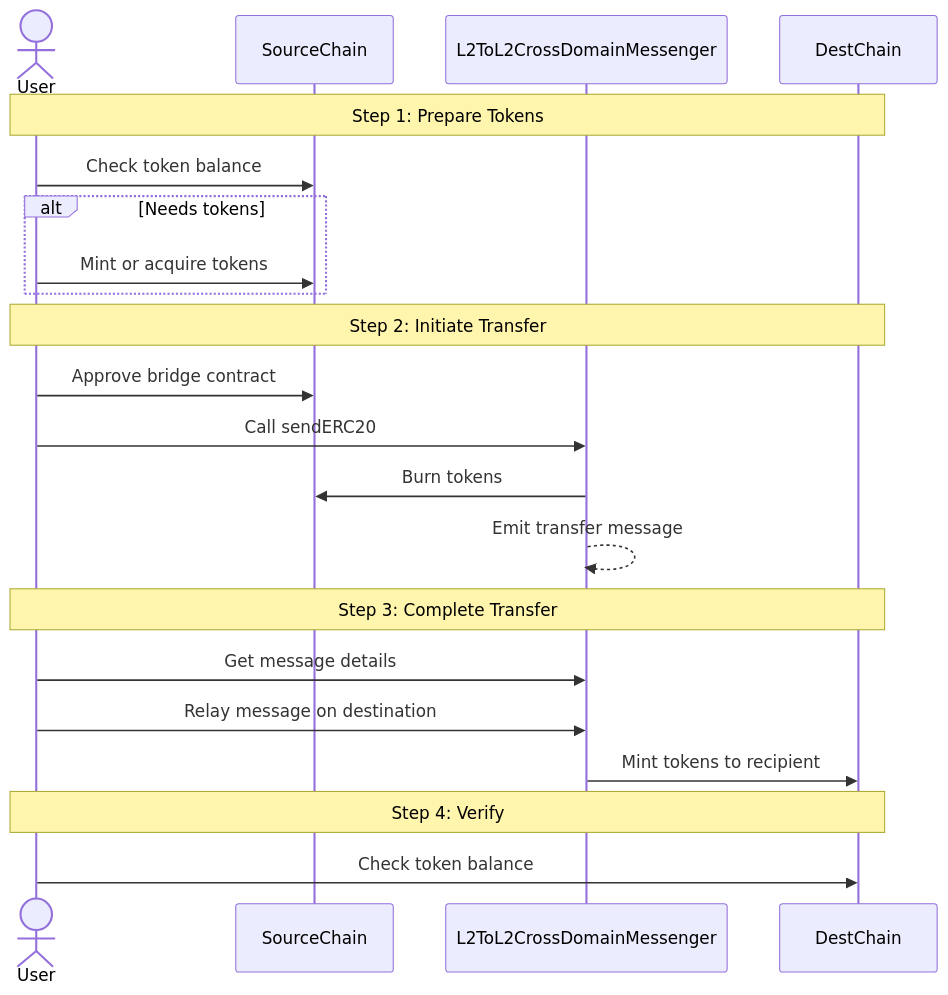
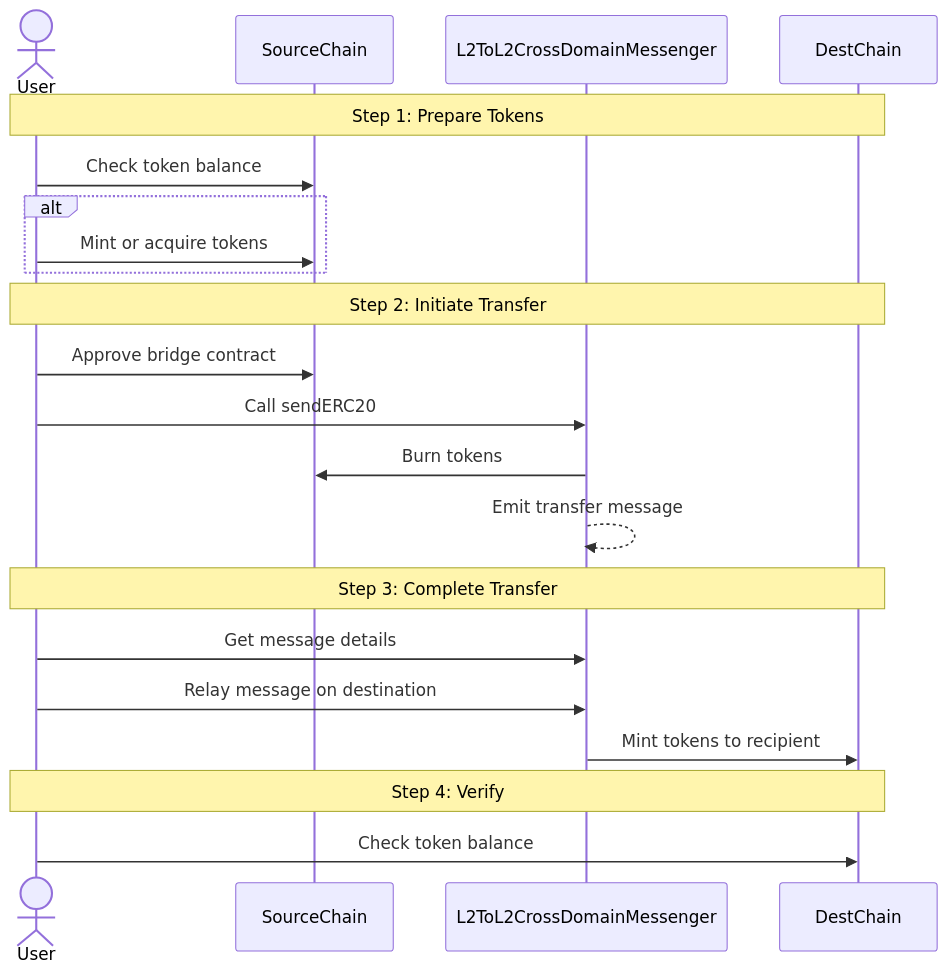
Before and after one commit to ethereum-optimism/docs: the diagram in pages/stack/interop/transfer-superchainERC20.mdx, drawn with Mermaid. The commit also changed other lines of this file, not shown here.

````diff
--- a/pages/stack/interop/transfer-superchainERC20.mdx
+++ b/pages/stack/interop/transfer-superchainERC20.mdx
@@ -34,27 +38,27 @@
 ```mermaid
 sequenceDiagram
     actor User
     participant SourceChain
     participant Bridge as L2ToL2CrossDomainMessenger
     participant DestChain
     
     Note over User,DestChain: Step 1: Prepare Tokens
     User->>SourceChain: Check token balance
-    alt Needs tokens
+    alt
         User->>SourceChain: Mint or acquire tokens
     end
     
     Note over User,DestChain: Step 2: Initiate Transfer
     User->>SourceChain: Approve bridge contract
     User->>Bridge: Call sendERC20
     Bridge->>SourceChain: Burn tokens
     Bridge-->>Bridge: Emit transfer message
     
     Note over User,DestChain: Step 3: Complete Transfer
     User->>Bridge: Get message details
     User->>Bridge: Relay message on destination
     Bridge->>DestChain: Mint tokens to recipient
     
     Note over User,DestChain: Step 4: Verify
     User->>DestChain: Check token balance
 ```
````
